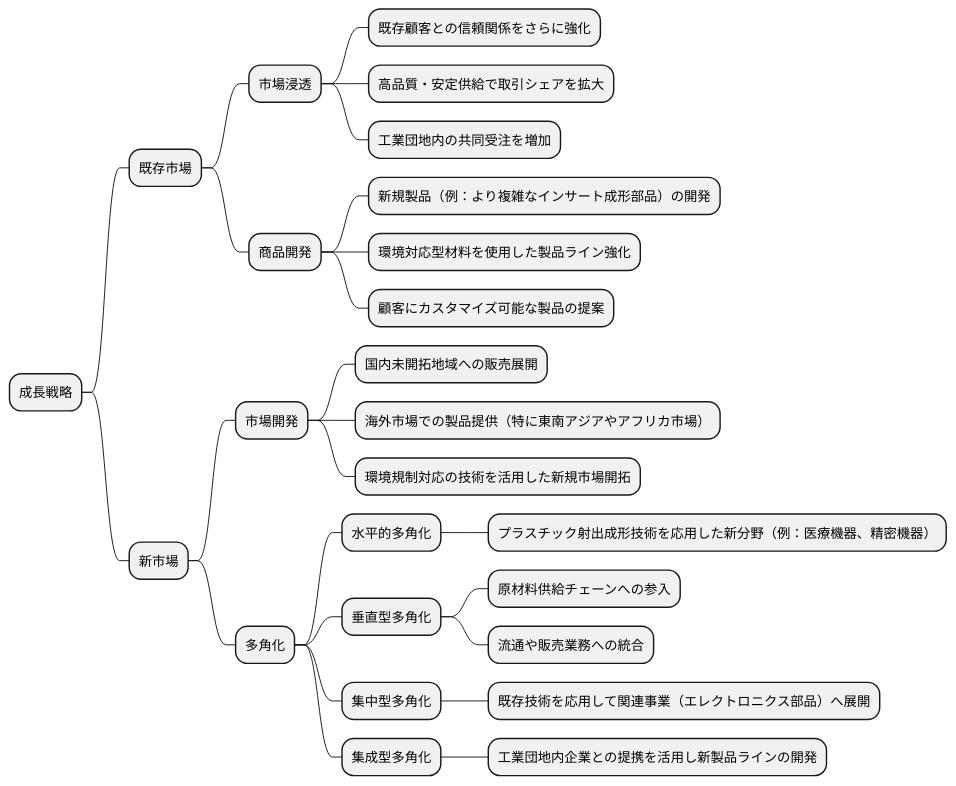
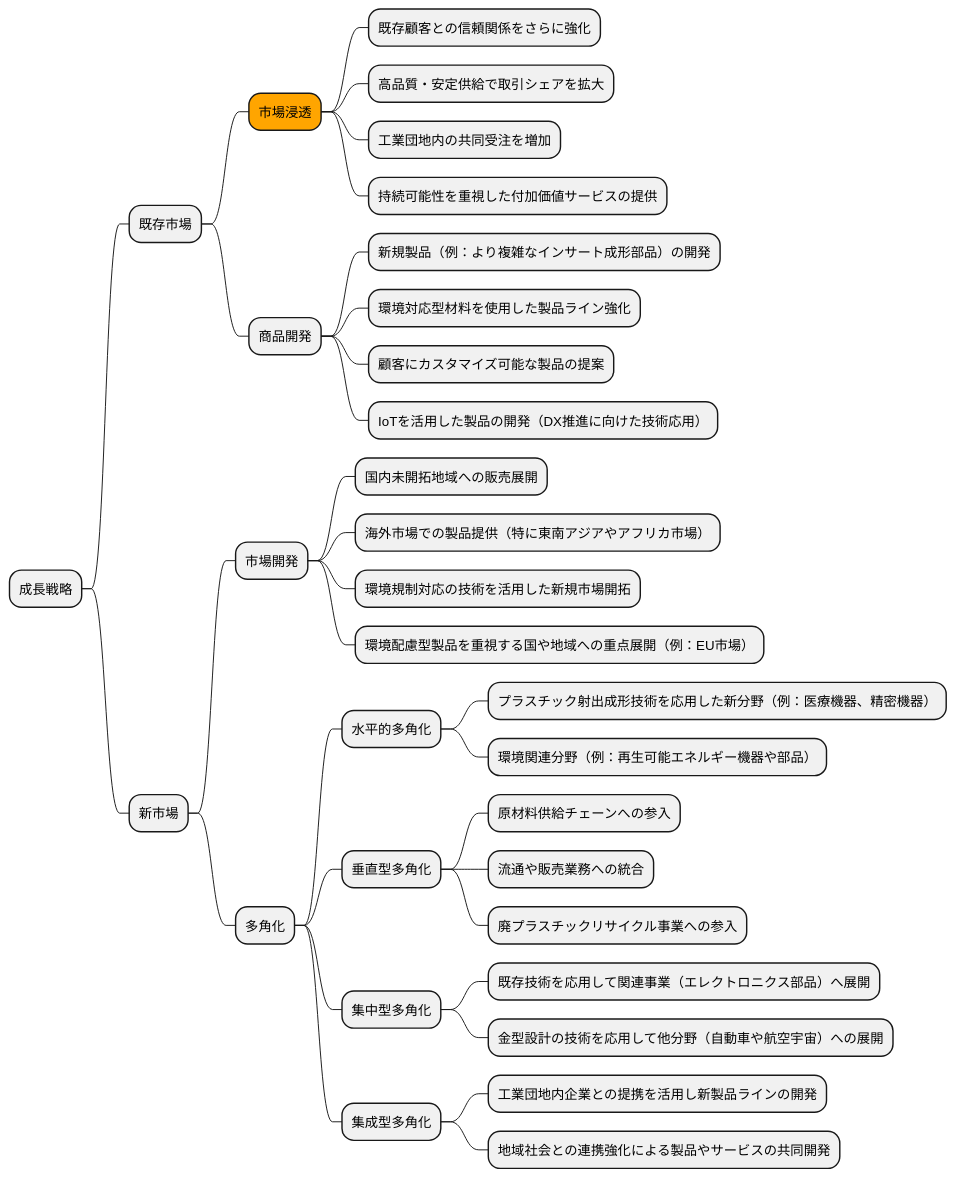
Before and after one commit to k2works/case-study-business-analysis: the sixth of 19 diagrams in docs/case/h30_case_3.adoc, drawn with PlantUML. The commit also changed other lines of this file, not shown here.

```diff
--- a/docs/case/h30_case_3.adoc
+++ b/docs/case/h30_case_3.adoc
@@ -224,32 +255,39 @@
 [plantuml]
 ----
 @startmindmap
 
 * 成長戦略
 ** 既存市場
-*** 市場浸透
+***[#orange] 市場浸透
 **** 既存顧客との信頼関係をさらに強化
 **** 高品質・安定供給で取引シェアを拡大
 **** 工業団地内の共同受注を増加
+**** 持続可能性を重視した付加価値サービスの提供
 *** 商品開発
 **** 新規製品（例：より複雑なインサート成形部品）の開発
 **** 環境対応型材料を使用した製品ライン強化
 **** 顧客にカスタマイズ可能な製品の提案
+**** IoTを活用した製品の開発（DX推進に向けた技術応用）
 ** 新市場
 *** 市場開発
 **** 国内未開拓地域への販売展開
 **** 海外市場での製品提供（特に東南アジアやアフリカ市場）
 **** 環境規制対応の技術を活用した新規市場開拓
+**** 環境配慮型製品を重視する国や地域への重点展開（例：EU市場）
 *** 多角化
 **** 水平的多角化
 ***** プラスチック射出成形技術を応用した新分野（例：医療機器、精密機器）
+***** 環境関連分野（例：再生可能エネルギー機器や部品）
 **** 垂直型多角化
 ***** 原材料供給チェーンへの参入
 ***** 流通や販売業務への統合
+***** 廃プラスチックリサイクル事業への参入
 **** 集中型多角化
 ***** 既存技術を応用して関連事業（エレクトロニクス部品）へ展開
+***** 金型設計の技術を応用して他分野（自動車や航空宇宙）への展開
 **** 集成型多角化
 ***** 工業団地内企業との提携を活用し新製品ラインの開発
+***** 地域社会との連携強化による製品やサービスの共同開発
 
 @endmindmap
 ----
```
